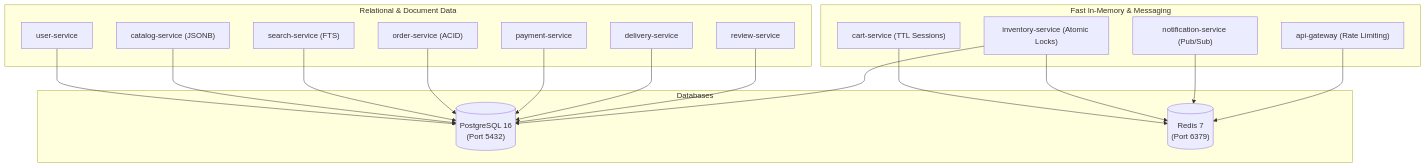
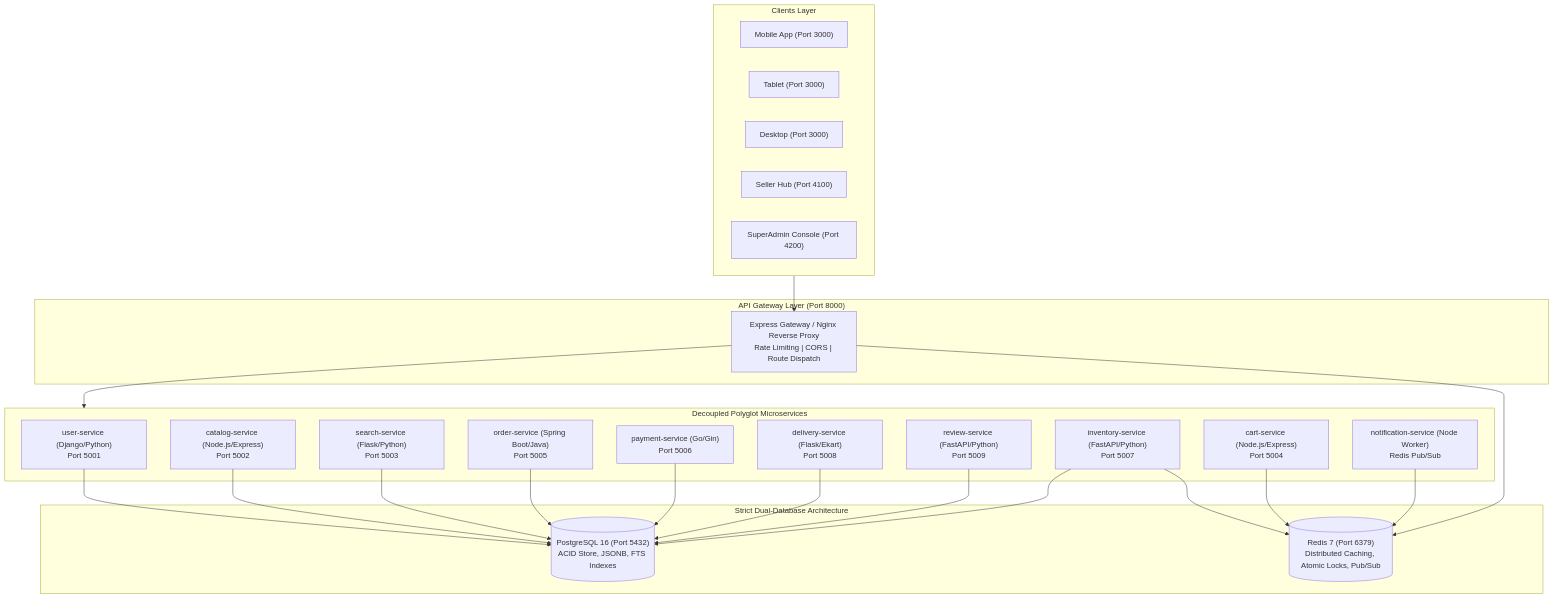
One commit to METEORBUZZ/Flipkart-Three-Tier-App-on-AWS-EKS-with-ArgoCD changed the diagram in PLAN.md. Above: the diagram before and after it, drawn with Mermaid. The commit also changed other lines of this file, not shown here.

Commit message:
docs(plan): update master blueprint for 20M+ scale, multi-device UI/UX, and dual-database architecture

````diff
--- a/PLAN.md
+++ b/PLAN.md
@@ -61,25 +123,47 @@
 ```mermaid
-graph TD
-    subgraph Databases
-        PG[("PostgreSQL 16\n(Port 5432)")]
-        RD[("Redis 7\n(Port 6379)")]
+flowchart TD
+    subgraph Clients["Clients Layer"]
+        MOB["Mobile App (Port 3000)"]
+        TAB["Tablet (Port 3000)"]
+        DESK["Desktop (Port 3000)"]
+        SEL["Seller Hub (Port 4100)"]
+        ADM["SuperAdmin Console (Port 4200)"]
     end
 
-    subgraph Relational & Document Data
-        US["user-service"] --> PG
-        CS["catalog-service (JSONB)"] --> PG
-        SS["search-service (FTS)"] --> PG
-        OS["order-service (ACID)"] --> PG
-        PS["payment-service"] --> PG
-        DS["delivery-service"] --> PG
-        RS["review-service"] --> PG
+    subgraph GatewayLayer["API Gateway Layer (Port 8000)"]
+        GW["Express Gateway / Nginx Reverse Proxy\nRate Limiting | CORS | Route Dispatch"]
     end
 
-    subgraph Fast In-Memory & Messaging
-        CRT["cart-service (TTL Sessions)"] --> RD
-        IS["inventory-service (Atomic Locks)"] --> RD
-        IS --> PG
-        NS["notification-service (Pub/Sub)"] --> RD
-        GW["api-gateway (Rate Limiting)"] --> RD
+    subgraph Microservices["Decoupled Polyglot Microservices"]
+        US["user-service (Django/Python)\nPort 5001"]
+        CS["catalog-service (Node.js/Express)\nPort 5002"]
+        SS["search-service (Flask/Python)\nPort 5003"]
+        CTS["cart-service (Node.js/Express)\nPort 5004"]
+        OS["order-service (Spring Boot/Java)\nPort 5005"]
+        PS["payment-service (Go/Gin)\nPort 5006"]
+        IS["inventory-service (FastAPI/Python)\nPort 5007"]
+        DS["delivery-service (Flask/Ekart)\nPort 5008"]
+        RS["review-service (FastAPI/Python)\nPort 5009"]
+        NS["notification-service (Node Worker)\nRedis Pub/Sub"]
     end
+
+    subgraph DataTier["Strict Dual-Database Architecture"]
+        PG[("PostgreSQL 16 (Port 5432)\nACID Store, JSONB, FTS Indexes")]
+        RD[("Redis 7 (Port 6379)\nDistributed Caching, Atomic Locks, Pub/Sub")]
+    end
+
+    Clients --> GW
+    GW --> Microservices
+    US --> PG
+    CS --> PG
+    SS --> PG
+    OS --> PG
+    PS --> PG
+    DS --> PG
+    RS --> PG
+    IS --> PG
+    IS --> RD
+    CTS --> RD
+    NS --> RD
+    GW --> RD
 ```
````
